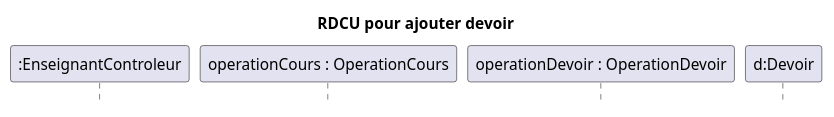
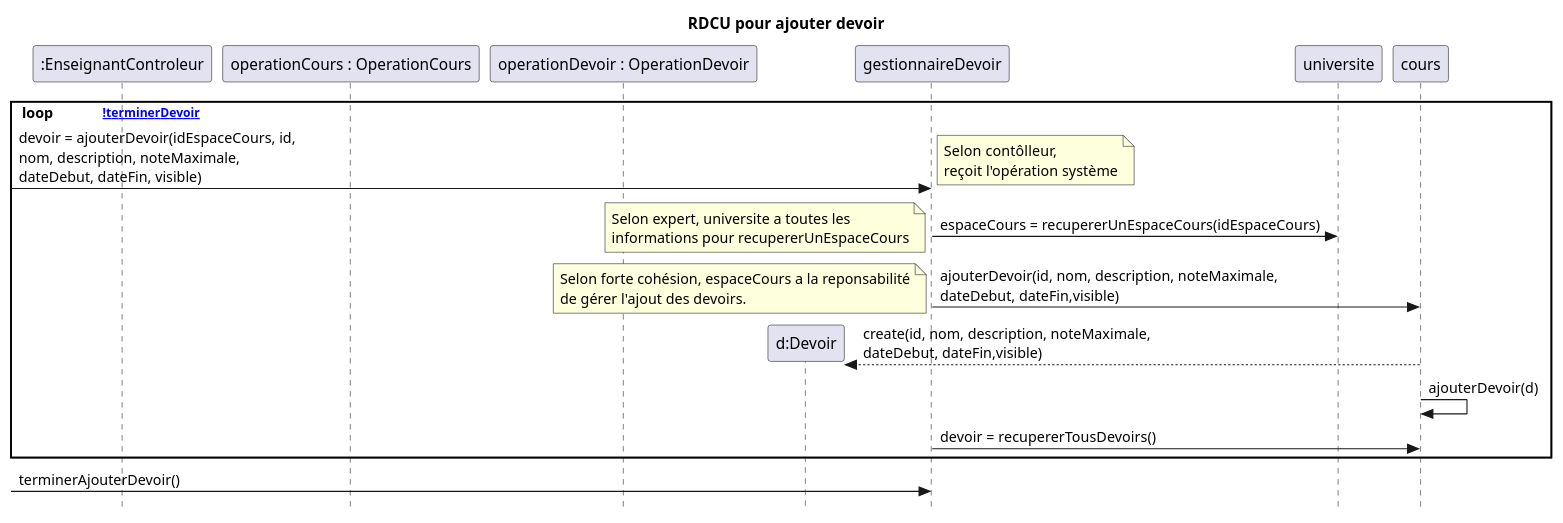
The diagram in docs/Ajouter devoir/RDCU_Ajouter_Devoir.puml (nerdz88/SGA-TS), drawn with PlantUML before and after one commit. The commit also changed 1 other file, not shown here.

Commit message:
RDCU devoir et changement du modele

```diff
--- a/docs/Ajouter devoir/RDCU_Ajouter_Devoir.puml
+++ b/docs/Ajouter devoir/RDCU_Ajouter_Devoir.puml
@@ -1,10 +1,24 @@
 @startuml ajouterQuestionOld
 skinparam style strictuml
 skinparam defaultfontname Verdana
 title RDCU pour ajouter devoir
 participant ":EnseignantControleur" as sga
 participant "operationCours : OperationCours" as opCours
 participant "operationDevoir : OperationDevoir" as opDevoir
 participant "d:Devoir" as devoir
 
+
+loop [!terminerDevoir]
+  ->gestionnaireDevoir : devoir = ajouterDevoir(idEspaceCours, id, \nnom, description, noteMaximale,\ndateDebut, dateFin, visible)
+  note left : Selon contôlleur,\nreçoit l'opération système 
+  gestionnaireDevoir -> universite : espaceCours = recupererUnEspaceCours(idEspaceCours)
+  note left : Selon expert, universite a toutes les\ninformations pour recupererUnEspaceCours
+  gestionnaireDevoir -> cours : ajouterDevoir(id, nom, description, noteMaximale, \ndateDebut, dateFin,visible)
+  note left : Selon forte cohésion, espaceCours a la reponsabilité\nde gérer l'ajout des devoirs.
+  cours-->devoir** : create(id, nom, description, noteMaximale, \ndateDebut, dateFin,visible)
+  cours->cours : ajouterDevoir(d)
+  gestionnaireDevoir -> cours : devoir = recupererTousDevoirs()
+end
+-> gestionnaireDevoir : terminerAjouterDevoir()
+
 @enduml
```
